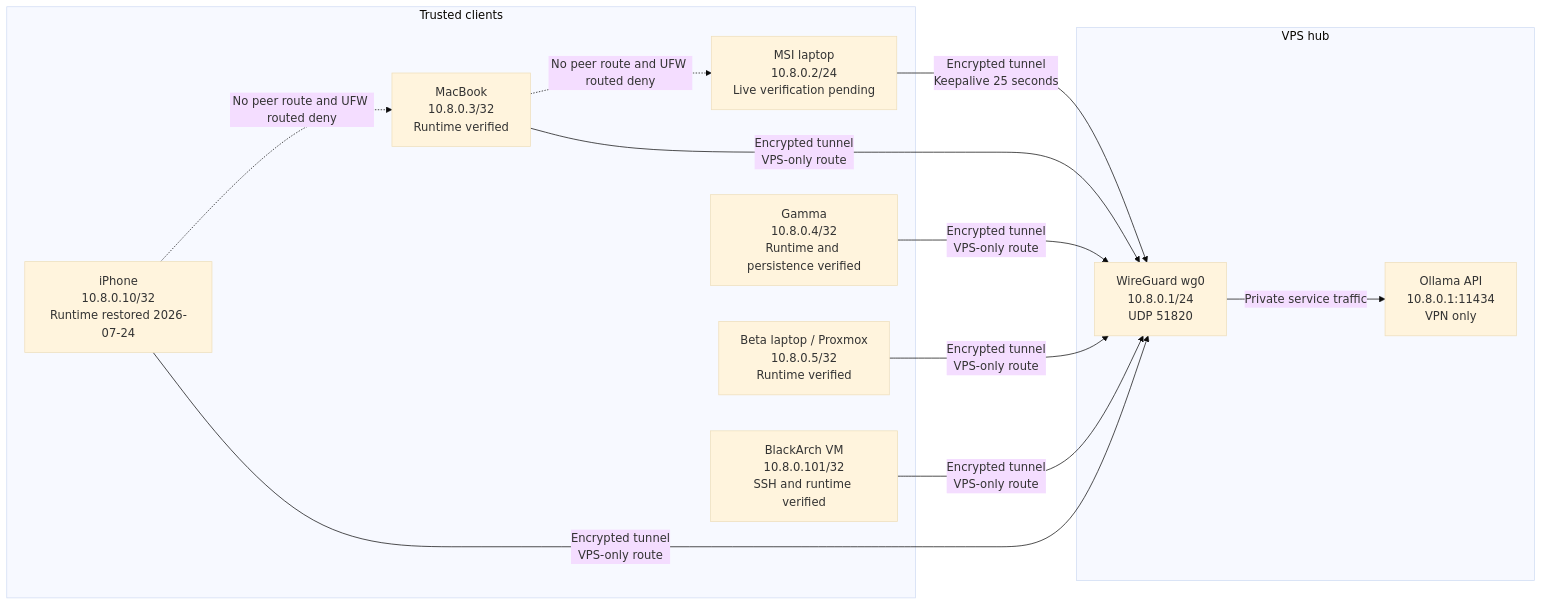
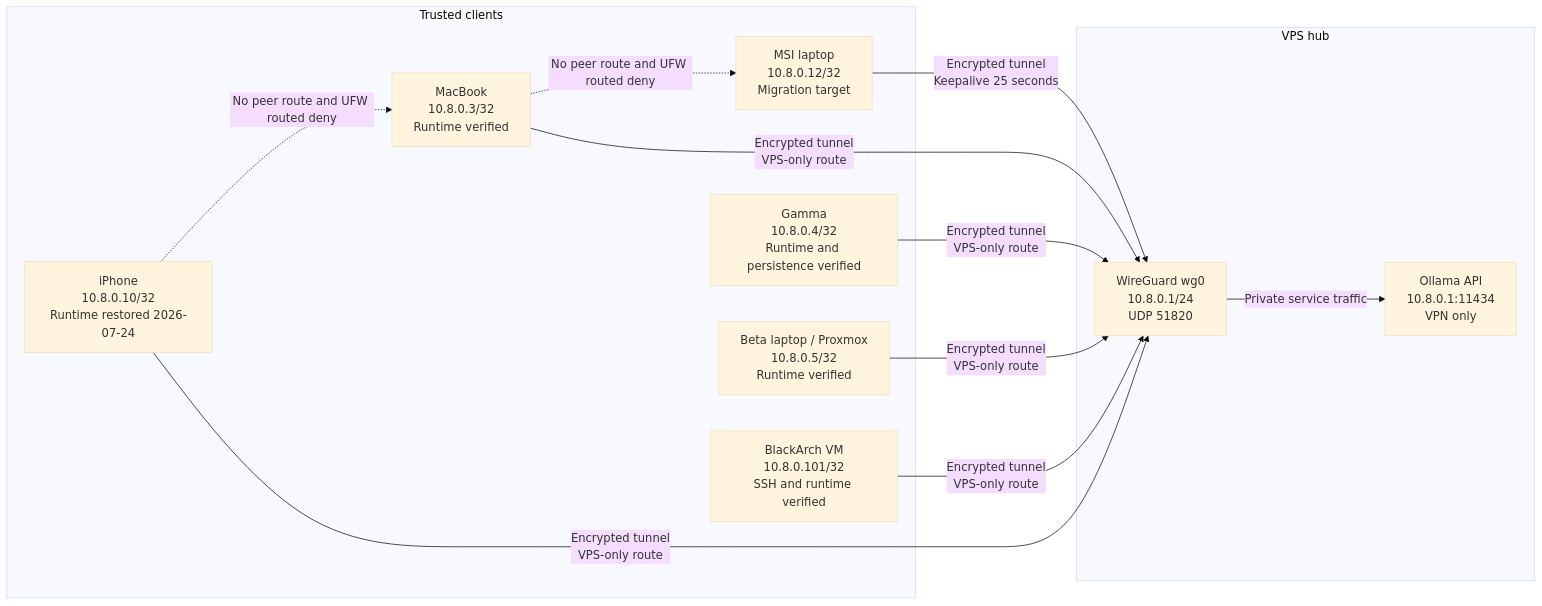
The diagram in content/docs/vps-alpha/wireguard.mdx (Manuel0516/zero-five-handbook), drawn with Mermaid (base theme) before and after one commit. The commit also changed other lines of this file and 15 other files, not shown here.

Commit message:
Plan MSI WireGuard address migration

````diff
--- a/content/docs/vps-alpha/wireguard.mdx
+++ b/content/docs/vps-alpha/wireguard.mdx
@@ -17,26 +17,26 @@
 ```mermaid
 flowchart LR
     subgraph clients["Trusted clients"]
-        cachyos["MSI laptop<br/>10.8.0.2/24<br/>Live verification pending"]
+        cachyos["MSI laptop<br/>10.8.0.12/32<br/>Migration target"]
         macbook["MacBook<br/>10.8.0.3/32<br/>Runtime verified"]
         gamma["Gamma<br/>10.8.0.4/32<br/>Runtime and persistence verified"]
         beta["Beta laptop / Proxmox<br/>10.8.0.5/32<br/>Runtime verified"]
         blackarch["BlackArch VM<br/>10.8.0.101/32<br/>SSH and runtime verified"]
         iphone["iPhone<br/>10.8.0.10/32<br/>Runtime restored 2026-07-24"]
     end
 
     subgraph vps["VPS hub"]
         wg["WireGuard wg0<br/>10.8.0.1/24<br/>UDP 51820"]
         ollama["Ollama API<br/>10.8.0.1:11434<br/>VPN only"]
     end
 
     cachyos -->|"Encrypted tunnel<br/>Keepalive 25 seconds"| wg
     macbook -->|"Encrypted tunnel<br/>VPS-only route"| wg
     gamma -->|"Encrypted tunnel<br/>VPS-only route"| wg
     beta -->|"Encrypted tunnel<br/>VPS-only route"| wg
     blackarch -->|"Encrypted tunnel<br/>VPS-only route"| wg
     iphone -->|"Encrypted tunnel<br/>VPS-only route"| wg
     wg -->|"Private service traffic"| ollama
     macbook -. "No peer route and UFW routed deny" .-> cachyos
     iphone -. "No peer route and UFW routed deny" .-> macbook
 ```
````
